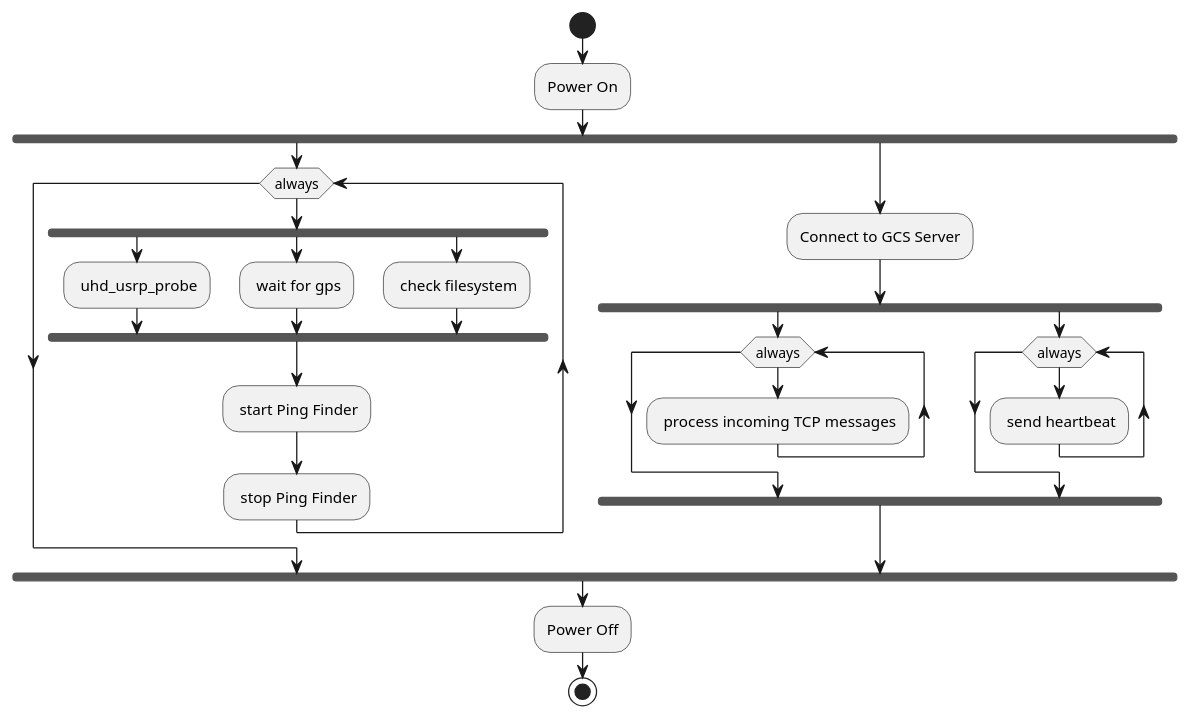
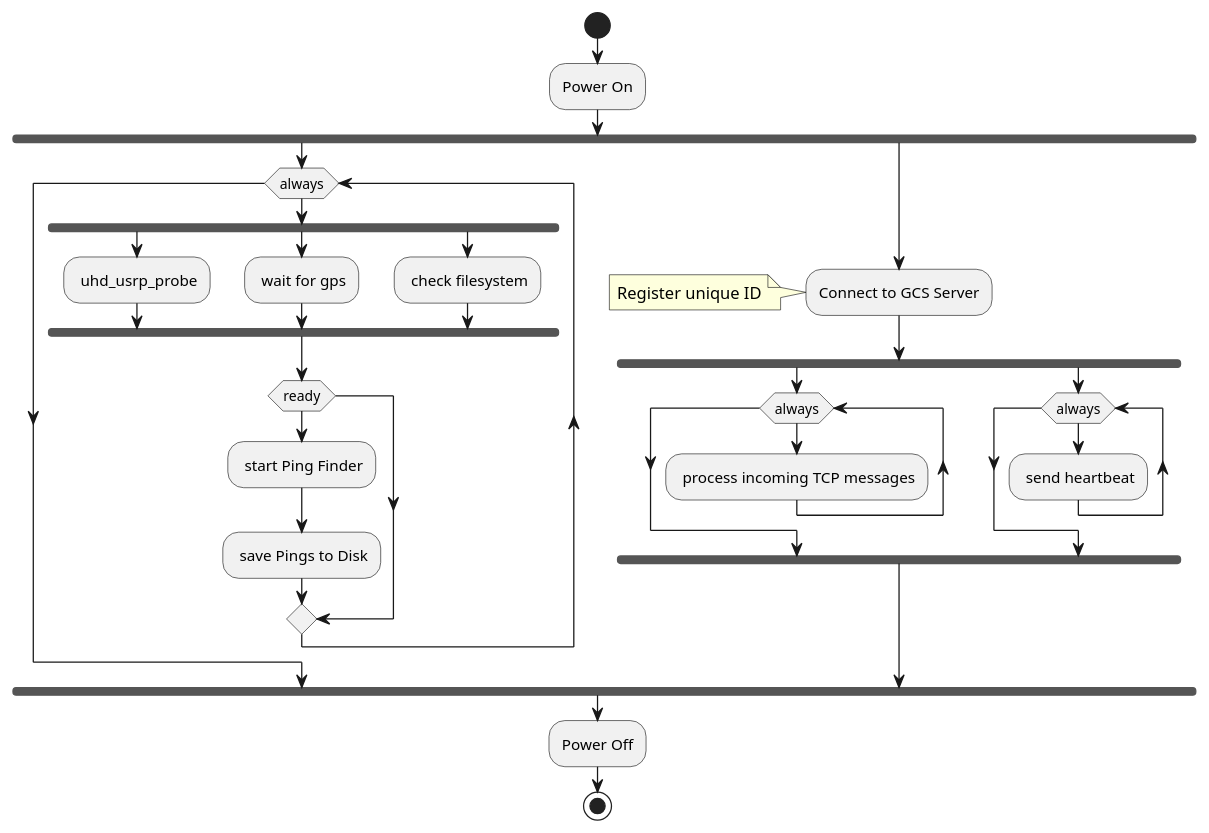
Before and after one commit to UCSD-E4E/radio_collar_tracker_lizardDocs: the first of 2 diagrams in systemFlow.puml, drawn with PlantUML. The commit also changed other lines of this file, not shown here.

Commit message:
added note clarification to system flow

```diff
--- a/systemFlow.puml
+++ b/systemFlow.puml
@@ -1,36 +1,38 @@
 @startuml RCT Receiver Activity Diagram
 
 start
 
 :Power On;
 
 fork
     while(always)
         fork
             : uhd_usrp_probe;
         fork again
             : wait for gps;
         fork again
             : check filesystem;
         end fork
-
-        : start Ping Finder;
-        : stop Ping Finder;
+        if (ready) then
+            : start Ping Finder;
+            : save Pings to Disk;
+        endif
     endwhile
 fork again
-    :Connect to GCS Server;
+    :Connect to GCS Server; 
+    note left: Register unique ID
     fork
         while(always)
             : process incoming TCP messages;
         endwhile
     fork again
         while(always)
             : send heartbeat;
         endwhile
     end fork
 end fork
 
 :Power Off;
 
 stop
 @enduml
```
